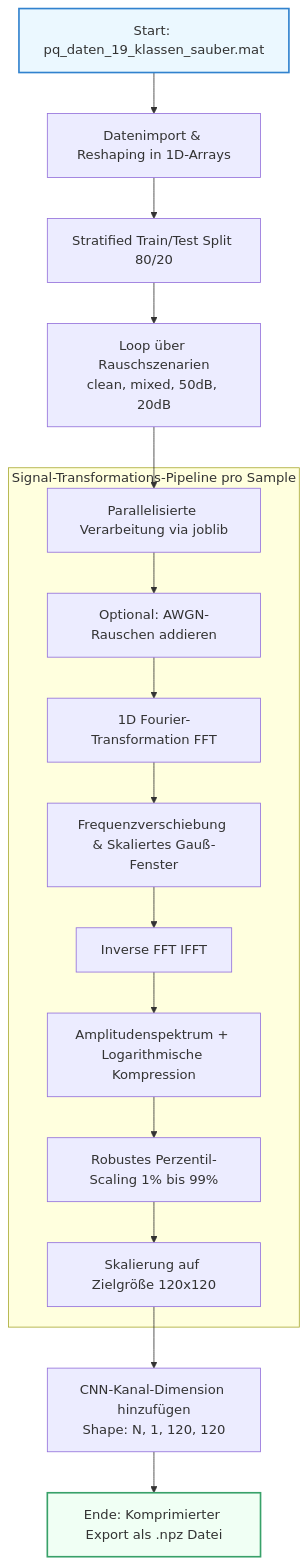
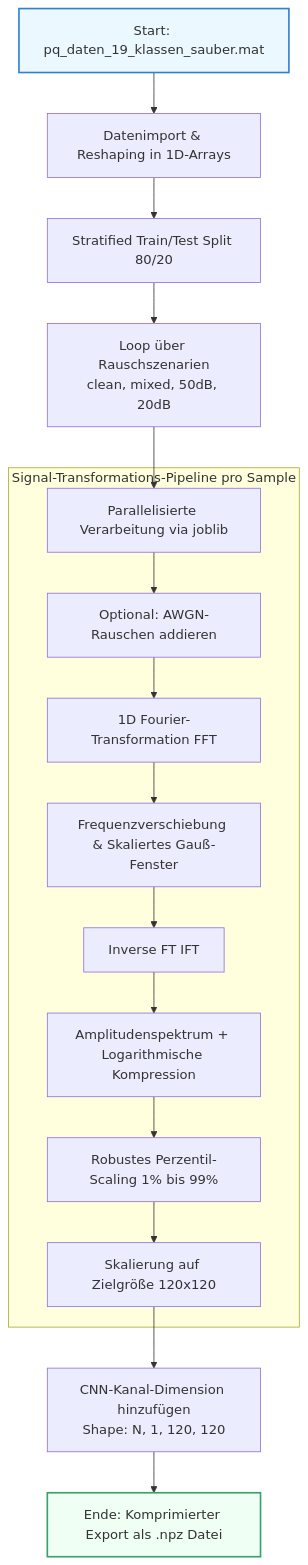
The third of 6 diagrams in README.md (ammo96/pandapower-test), drawn with Mermaid before and after one commit. The commit also changed other lines of this file, not shown here.

Commit message:
Fix terminology and update GST description in README

````diff
--- a/README.md
+++ b/README.md
@@ -86,24 +86,24 @@
 ```mermaid
 graph TD
     A[Start: pq_daten_19_klassen_sauber.mat] --> B[Datenimport & Reshaping in 1D-Arrays]
     B --> C[Stratified Train/Test Split 80/20]
     C --> D[Loop über Rauschszenarien<br/>clean, mixed, 50dB, 20dB]
     D --> E[Parallelisierte Verarbeitung via joblib]
     
     subgraph Signal-Transformations-Pipeline pro Sample
         E --> F[Optional: AWGN-Rauschen addieren]
         F --> G[1D Fourier-Transformation FFT]
         G --> H[Frequenzverschiebung & Skaliertes Gauß-Fenster]
-        H --> I[Inverse FFT IFFT]
+        H --> I[Inverse FT IFT]
         I --> J[Amplitudenspektrum + Logarithmische Kompression]
         J --> K[Robustes Perzentil-Scaling 1% bis 99%]
         K --> L[Skalierung auf Zielgröße 120x120]
     end
 
     L --> M[CNN-Kanal-Dimension hinzufügen<br/>Shape: N, 1, 120, 120]
     M --> N[Ende: Komprimierter Export als .npz Datei]
 
     style A fill:#ebf8ff,stroke:#3182ce,stroke-width:2px
     style N fill:#f0fff4,stroke:#38a169,stroke-width:2px
 
 ```
````
